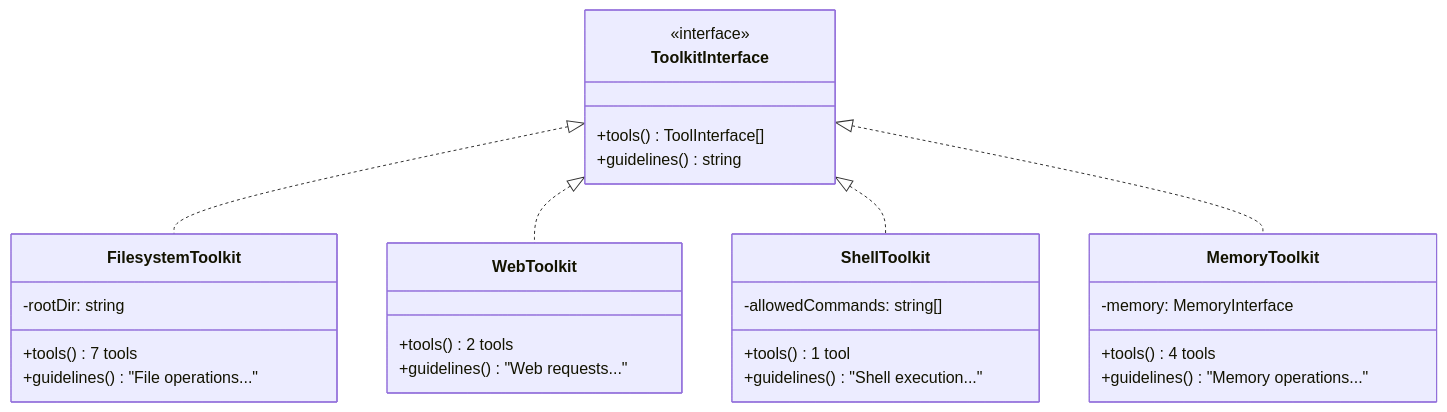
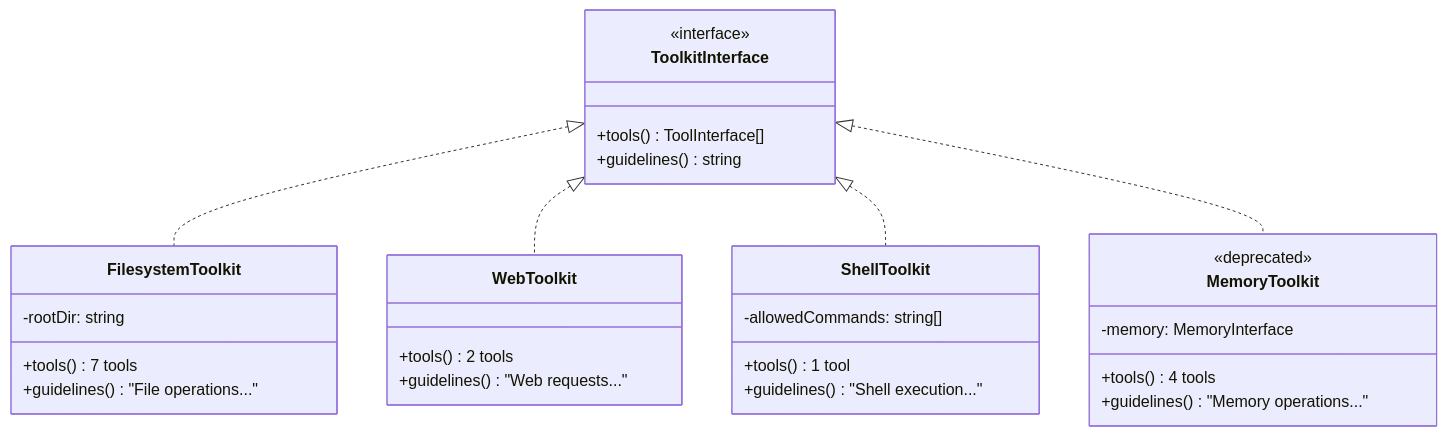
One commit to carmelosantana/php-agents changed the second of 2 diagrams in docs/TOOLS-AND-TOOLKITS.md. Above: the diagram before and after it, drawn with Mermaid. The commit also changed other lines of this file and 24 other files, not shown here.

````diff
--- a/docs/TOOLS-AND-TOOLKITS.md
+++ b/docs/TOOLS-AND-TOOLKITS.md
@@ -215,36 +215,37 @@
 ```mermaid
 classDiagram
     class ToolkitInterface {
         <<interface>>
         +tools() ToolInterface[]
         +guidelines() string
     }
 
     class FilesystemToolkit {
         -rootDir: string
         +tools() 7 tools
         +guidelines() "File operations..."
     }
 
     class WebToolkit {
         +tools() 2 tools
         +guidelines() "Web requests..."
     }
 
     class ShellToolkit {
         -allowedCommands: string[]
         +tools() 1 tool
         +guidelines() "Shell execution..."
     }
 
     class MemoryToolkit {
+        <<deprecated>>
         -memory: MemoryInterface
         +tools() 4 tools
         +guidelines() "Memory operations..."
     }
 
     ToolkitInterface <|.. FilesystemToolkit
     ToolkitInterface <|.. WebToolkit
     ToolkitInterface <|.. ShellToolkit
     ToolkitInterface <|.. MemoryToolkit
 ```
````
